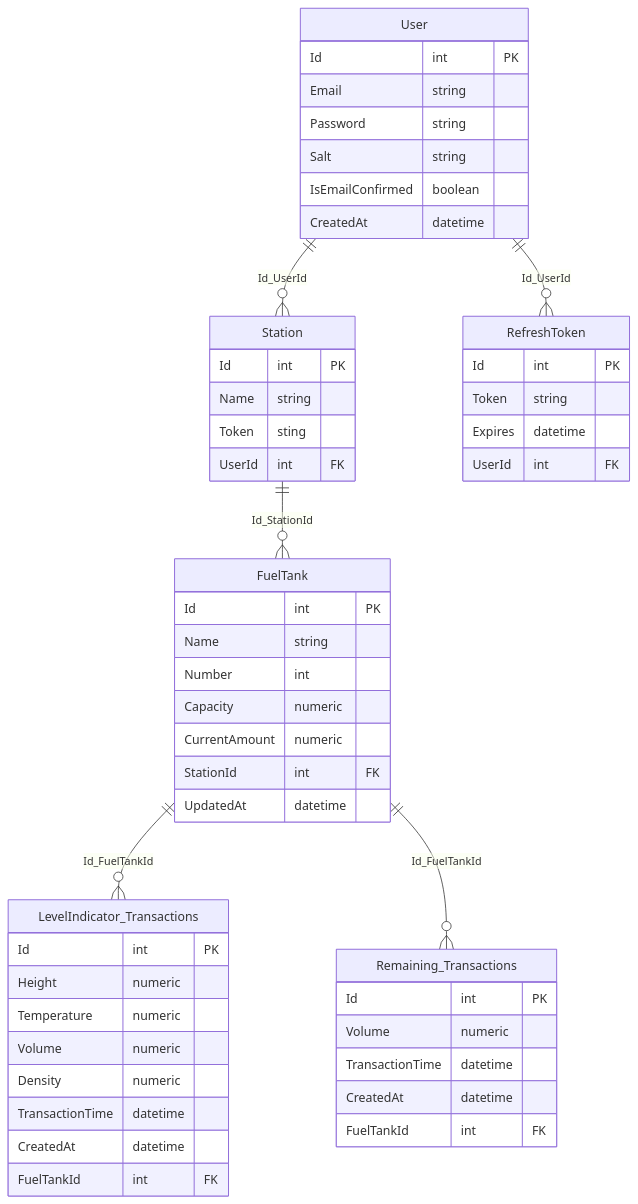
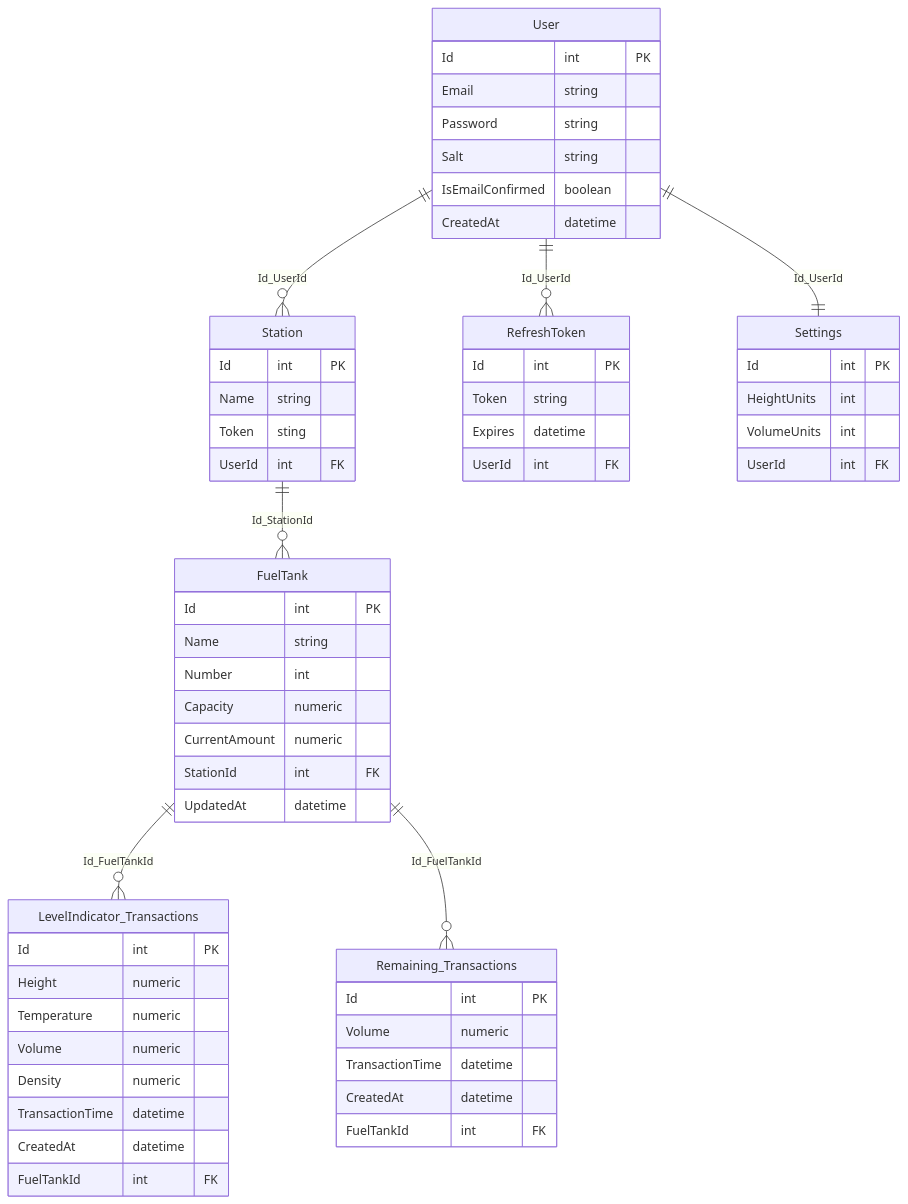
The diagram in README.md (max-voronkin/Fung), drawn with Mermaid before and after one commit.

Commit message:
Updated db schema

````diff
--- a/README.md
+++ b/README.md
@@ -12,59 +12,67 @@
 ```mermaid
 erDiagram
 User ||--o{ Station : Id_UserId
 User ||--o{ RefreshToken : Id_UserId
+User ||--|| Settings : Id_UserId
 User {
   Id int PK
   Email string
   Password string
   Salt string
   IsEmailConfirmed boolean
   CreatedAt datetime
 }
 
 Station ||--o{ FuelTank : Id_StationId
 Station {
   Id int PK
   Name string
   Token sting
   UserId int FK
 }
 
 FuelTank ||--o{ LevelIndicator_Transactions : Id_FuelTankId
 FuelTank ||--o{ Remaining_Transactions : Id_FuelTankId
 FuelTank {
   Id int PK
   Name string
   Number int
   Capacity numeric
   CurrentAmount numeric
   StationId int FK
   UpdatedAt datetime
 }
 
 LevelIndicator_Transactions {
   Id int PK
   Height numeric
   Temperature numeric
   Volume numeric
   Density numeric
   TransactionTime datetime
   CreatedAt datetime
   FuelTankId int FK
 }
 
 Remaining_Transactions {
   Id int PK
   Volume numeric
   TransactionTime datetime
   CreatedAt datetime
   FuelTankId int FK
 }
 
 RefreshToken {
   Id int PK
   Token string
   Expires datetime
   UserId int FK
 }
+
+Settings {
+  Id int PK
+  HeightUnits int
+  VolumeUnits int
+  UserId int FK
+}
 ```
````
